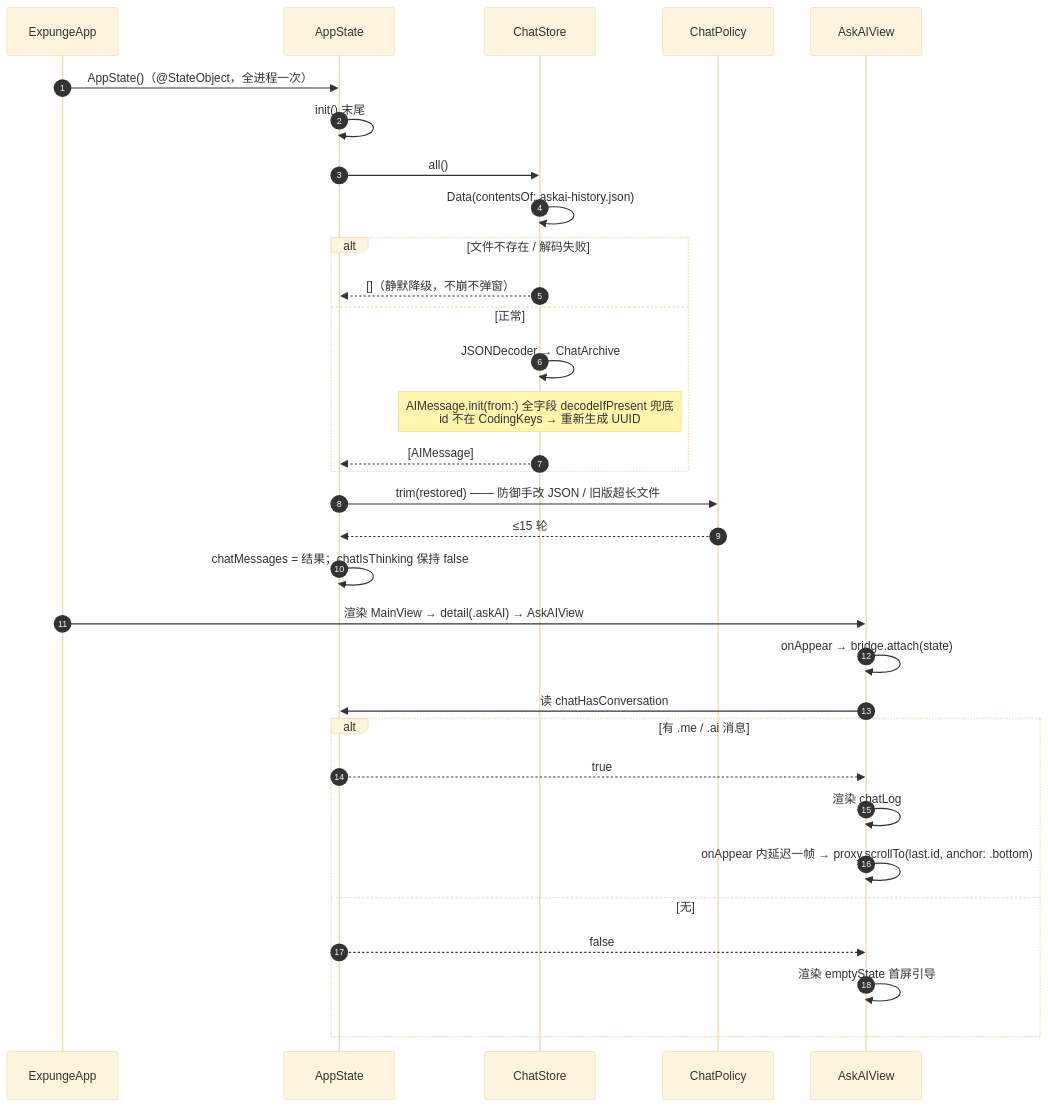
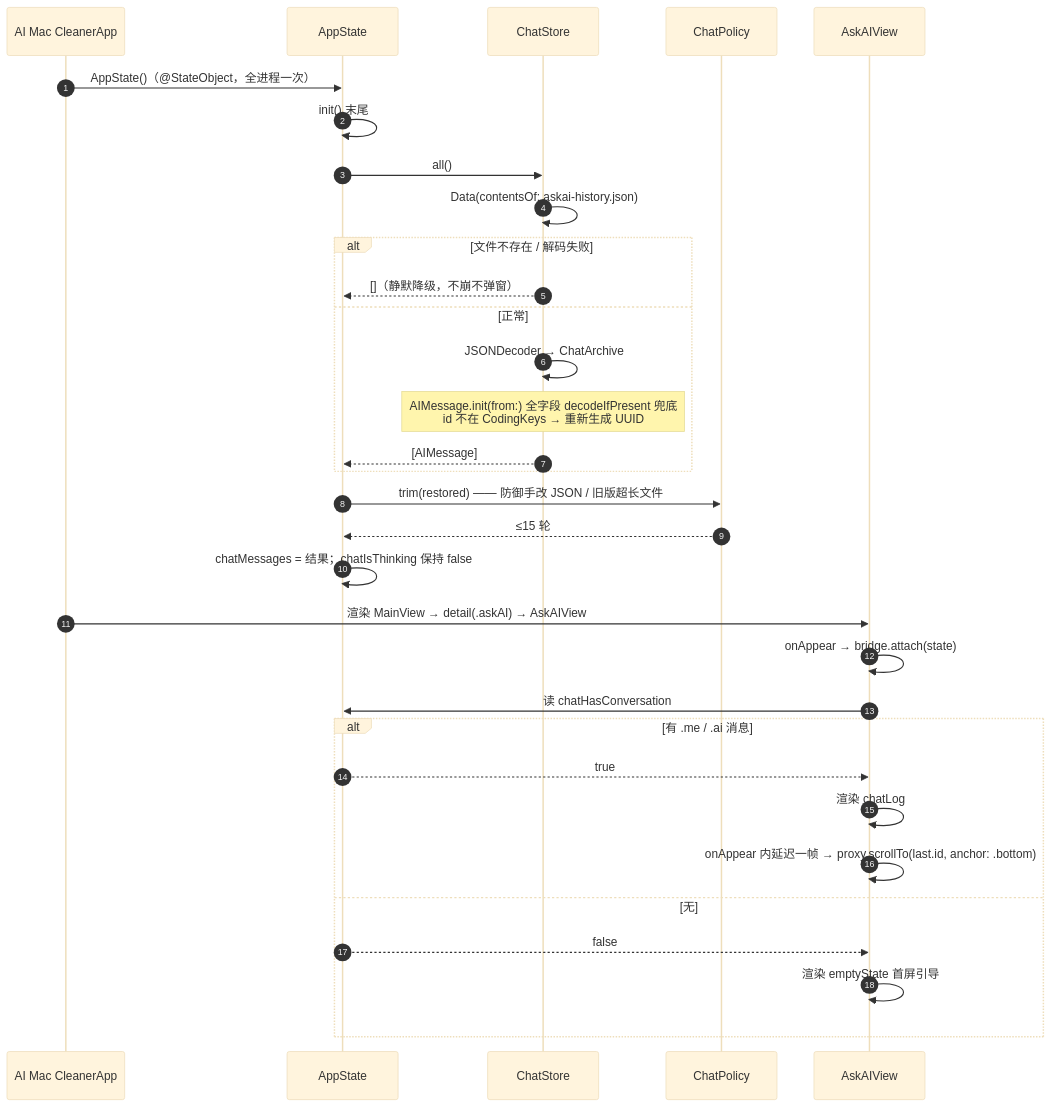
Before and after one commit to hwd8080-ai/expunge-mac-uninstaller: the third of 5 diagrams in docs/system_design.md, drawn with Mermaid (base theme). The commit also changed other lines of this file and 116 other files, not shown here.

Commit message:
全面改名 Expunge → AI Mac Cleaner（显示名/模块名/Bundle ID/数据目录/GitHub slug/旧数据迁移）

````diff
--- a/docs/system_design.md
+++ b/docs/system_design.md
@@ -663,36 +663,36 @@
 ```mermaid
 sequenceDiagram
     autonumber
-    participant A as ExpungeApp
+    participant A as AI Mac CleanerApp
     participant S as AppState
     participant St as ChatStore
     participant P as ChatPolicy
     participant V as AskAIView
 
     A->>S: AppState()（@StateObject，全进程一次）
     S->>S: init() 末尾
     S->>St: all()
     St->>St: Data(contentsOf: askai-history.json)
     alt 文件不存在 / 解码失败
         St-->>S: []（静默降级，不崩不弹窗）
     else 正常
         St->>St: JSONDecoder → ChatArchive
         Note over St: AIMessage.init(from:) 全字段 decodeIfPresent 兜底<br/>id 不在 CodingKeys → 重新生成 UUID
         St-->>S: [AIMessage]
     end
     S->>P: trim(restored) —— 防御手改 JSON / 旧版超长文件
     P-->>S: ≤15 轮
     S->>S: chatMessages = 结果；chatIsThinking 保持 false
 
     A->>V: 渲染 MainView → detail(.askAI) → AskAIView
     V->>V: onAppear → bridge.attach(state)
     V->>S: 读 chatHasConversation
     alt 有 .me / .ai 消息
         S-->>V: true
         V->>V: 渲染 chatLog
         V->>V: onAppear 内延迟一帧 → proxy.scrollTo(last.id, anchor: .bottom)
     else 无
         S-->>V: false
         V->>V: 渲染 emptyState 首屏引导
     end
 ```
````
